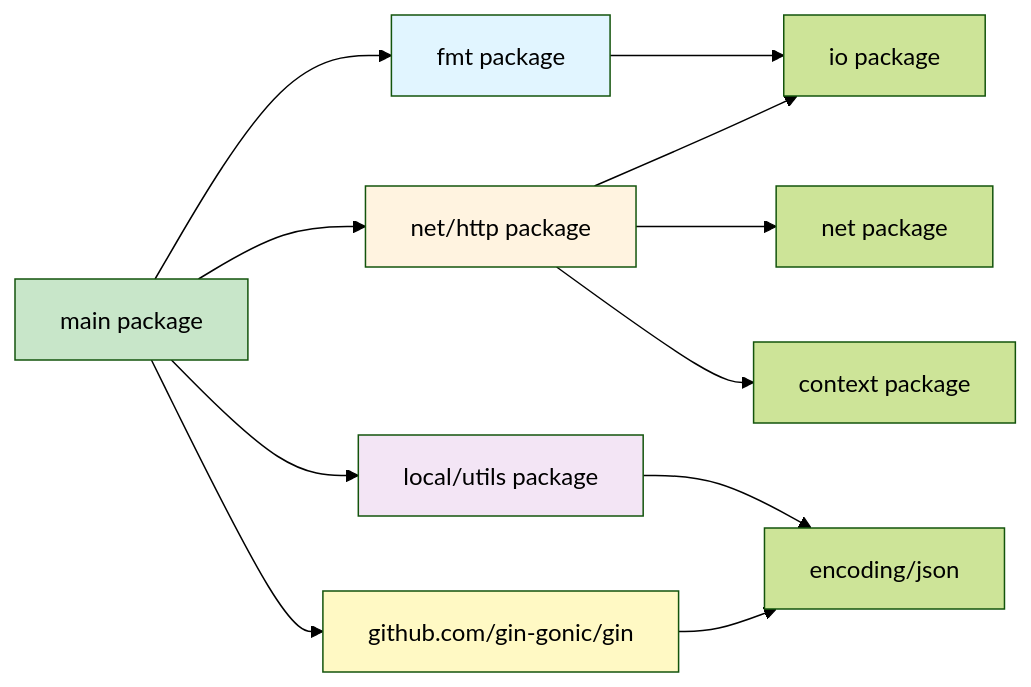
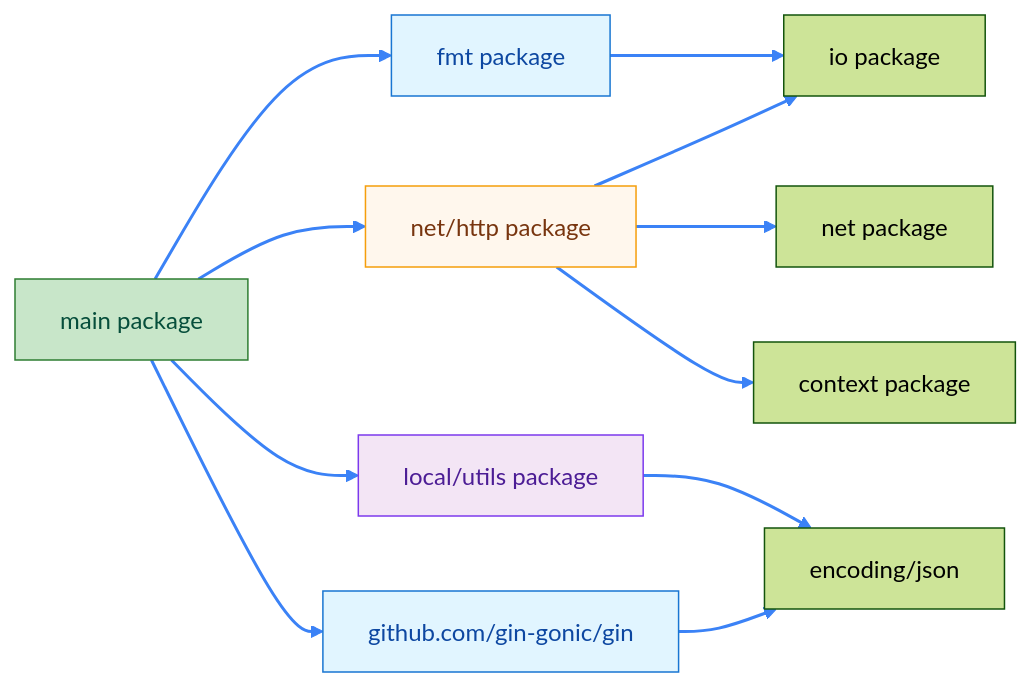
One commit to lazygophers/knowledge changed the diagram in docs/zh/golang/fundamentals/package-system.mdx. Above: the diagram before and after it, drawn with Mermaid (forest theme). The commit also changed 9 other files, not shown here.

First line of the commit message:
style(golang): Mermaid 图表添加主题适配和连接线样式

````diff
--- a/docs/zh/golang/fundamentals/package-system.mdx
+++ b/docs/zh/golang/fundamentals/package-system.mdx
@@ -59,20 +59,25 @@
 ```mermaid
 flowchart LR
     A[main package] --> B[fmt package]
     A --> C[net/http package]
     A --> D[local/utils package]
     A --> E[github.com/gin-gonic/gin]
 
     B --> F[io package]
     C --> F
     C --> G[net package]
     C --> H[context package]
     D --> I[encoding/json]
     E --> I
 
-    style A fill:#c8e6c9
-    style B fill:#e1f5ff
-    style C fill:#fff3e0
-    style D fill:#f3e5f5
-    style E fill:#fff9c4
+    linkStyle default stroke:#3b82f6,stroke-width:2px
+    classDef mainPkg fill:#c8e6c9,stroke:#2e7d32,color:#064e3b
+    classDef stdLib fill:#e1f5ff,stroke:#1976d2,color:#0d47a1
+    classDef thirdParty fill:#fff7ed,stroke:#f59e0b,color:#78350f
+    classDef localPkg fill:#f3e5f5,stroke:#7c3aed,color:#4c1d95
+
+    class A mainPkg
+    class B,E stdLib
+    class C thirdParty
+    class D localPkg
 ```
````
